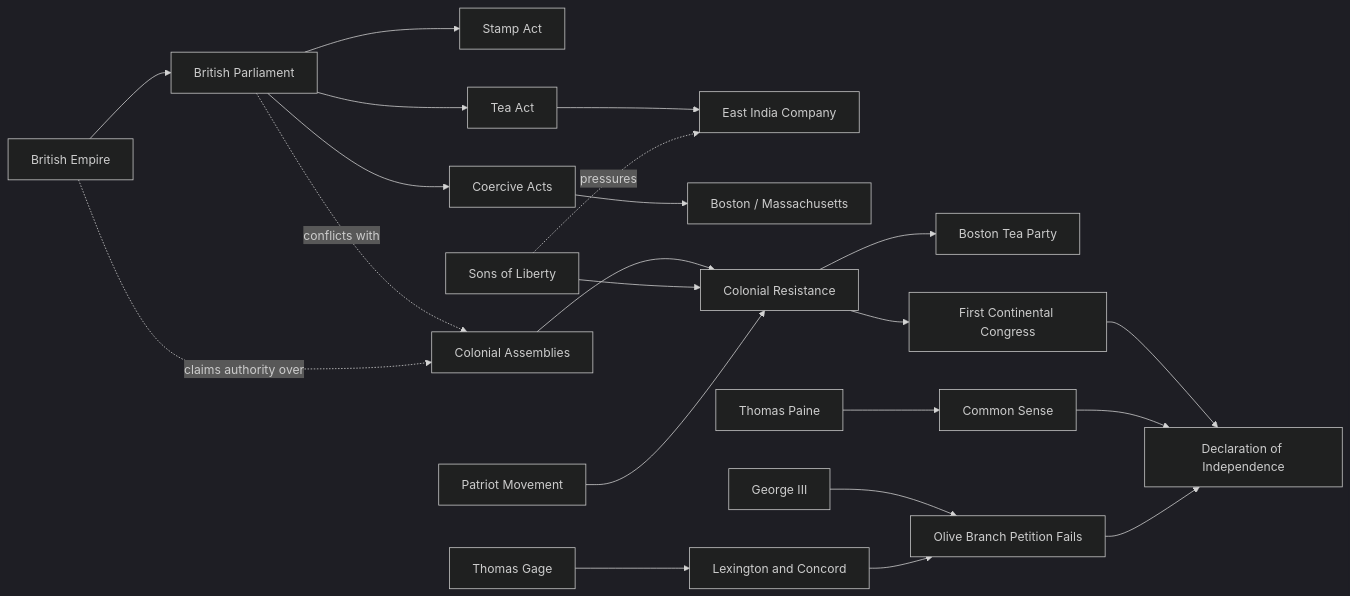
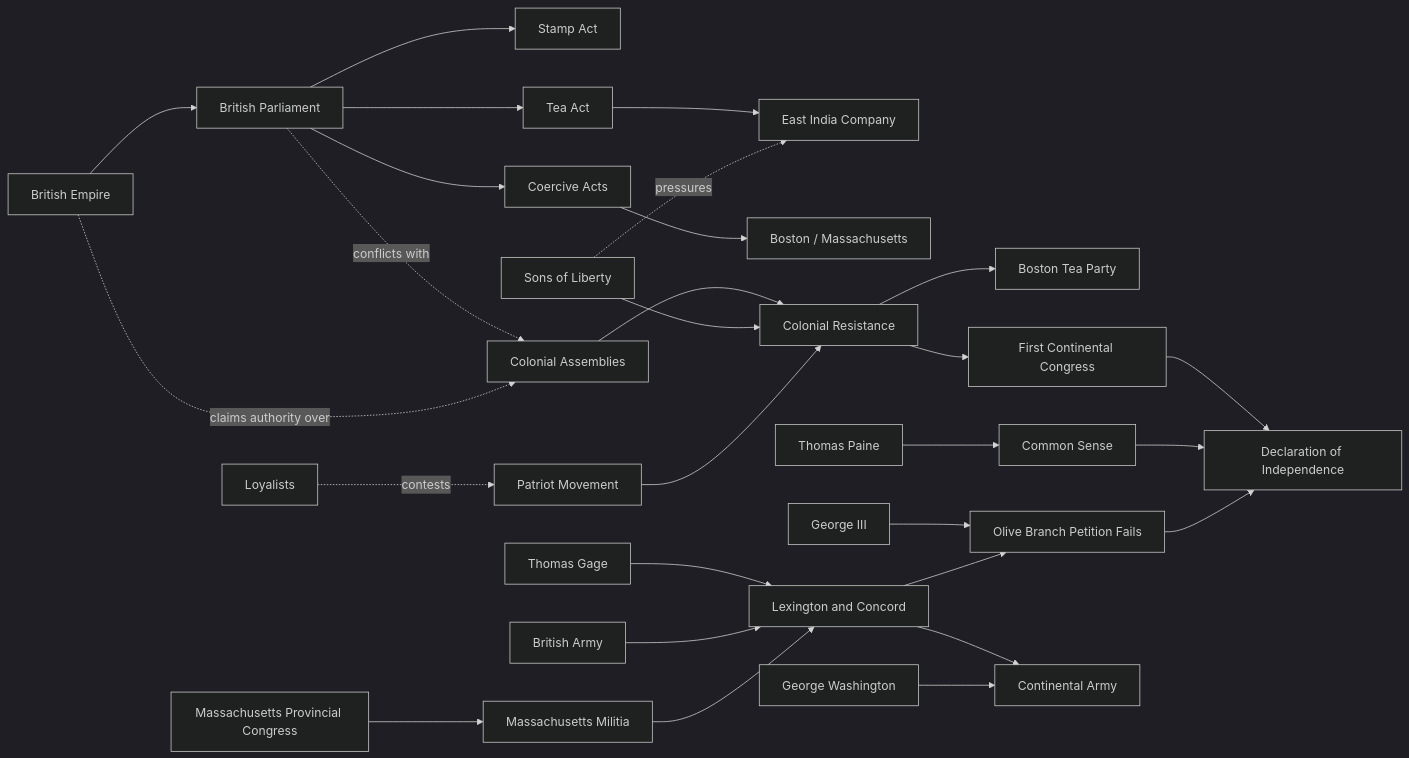
Before and after one commit to mattblethen/Causal-Atlas: the diagram in 09_Maps_Models/Actor_Maps/American Revolution Actor Map.md, drawn with Mermaid (dark theme). The commit also changed other lines of this file and 32 other files, not shown here.

Commit message:
Add Revolution military actors and timeline zoom

````diff
--- a/09_Maps_Models/Actor_Maps/American Revolution Actor Map.md
+++ b/09_Maps_Models/Actor_Maps/American Revolution Actor Map.md
@@ -14,26 +16,32 @@
 ```mermaid
 flowchart LR
     BE["British Empire"] --> BP["British Parliament"]
     BP --> SA["Stamp Act"]
     BP --> TA["Tea Act"]
-    BP --> CA["Coercive Acts"]
+    BP --> COA["Coercive Acts"]
     TA --> EIC["East India Company"]
-    CA --> BOS["Boston / Massachusetts"]
+    COA --> BOS["Boston / Massachusetts"]
 
     CAS["Colonial Assemblies"] --> CR["Colonial Resistance"]
     SOL["Sons of Liberty"] --> CR
     PM["Patriot Movement"] --> CR
     CR --> BTP["Boston Tea Party"]
     CR --> FCC["First Continental Congress"]
     FCC --> DOI["Declaration of Independence"]
     TP["Thomas Paine"] --> CS["Common Sense"]
     CS --> DOI
     G3["George III"] --> OBP["Olive Branch Petition Fails"]
     OBP --> DOI
     TG["Thomas Gage"] --> LC["Lexington and Concord"]
+    BA["British Army"] --> LC
+    MM["Massachusetts Militia"] --> LC
+    MPC["Massachusetts Provincial Congress"] --> MM
+    LC --> CTA["Continental Army"]
+    GW["George Washington"] --> CTA
     LC --> OBP
+    LOY["Loyalists"] -. contests .-> PM
 
     BP -. conflicts with .-> CAS
     BE -. claims authority over .-> CAS
     SOL -. pressures .-> EIC
 ```
````
